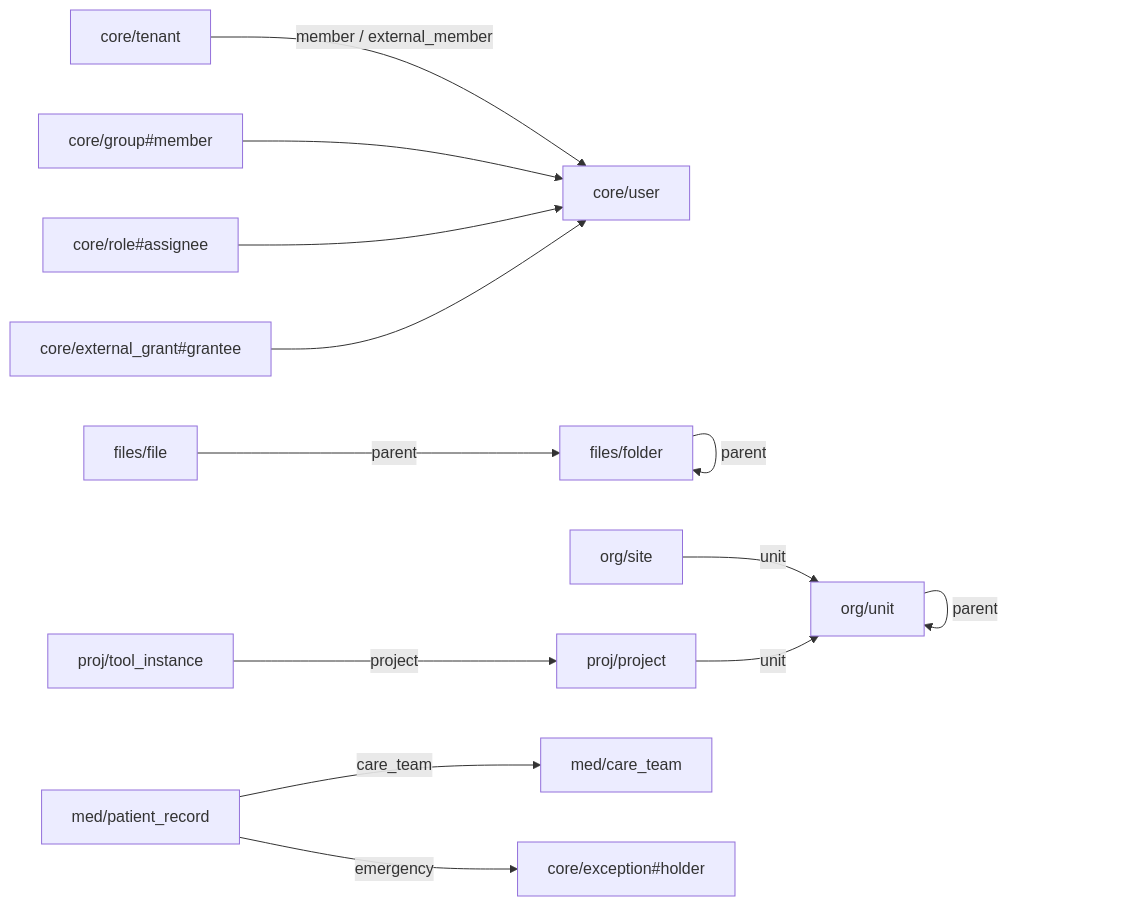
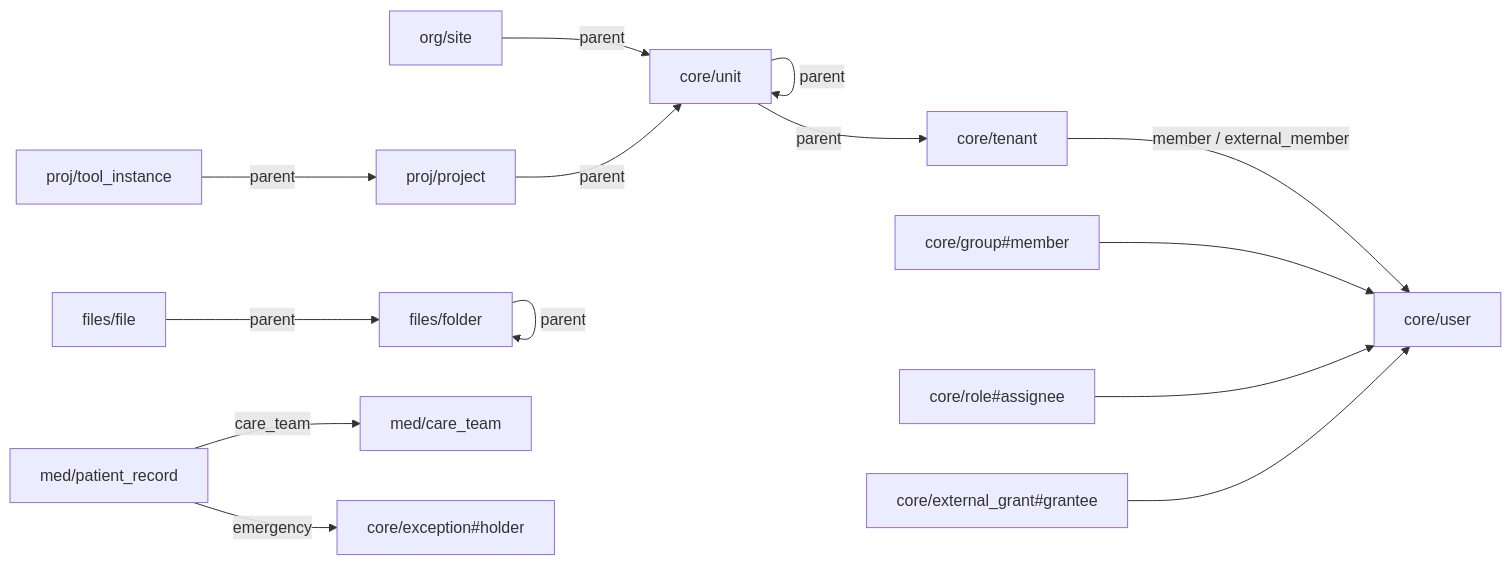
The third of 6 diagrams in 04_architecture/authorization-model.md (Takenori-Kusaka/auth-stack), drawn with Mermaid before and after one commit. The commit also changed other lines of this file and 68 other files, not shown here.

````diff
--- a/04_architecture/authorization-model.md
+++ b/04_architecture/authorization-model.md
@@ -287,15 +358,16 @@
 ```mermaid
 flowchart LR
   T["core/tenant"] -->|member / external_member| U["core/user"]
   GRP["core/group#member"] --> U
   ROLE["core/role#assignee"] --> U
   XG["core/external_grant#grantee"] --> U
   FO["files/folder"] -->|parent| FO
   FI["files/file"] -->|parent| FO
-  OU["org/unit"] -->|parent| OU
-  SI["org/site"] -->|unit| OU
-  PR["proj/project"] -->|unit| OU
-  TI["proj/tool_instance"] -->|project| PR
+  OU["core/unit"] -->|parent| OU
+  OU -->|parent| T
+  SI["org/site"] -->|parent| OU
+  PR["proj/project"] -->|parent| OU
+  TI["proj/tool_instance"] -->|parent| PR
   MR["med/patient_record"] -->|care_team| CT["med/care_team"]
   MR -->|emergency| EX["core/exception#holder"]
 ```
````
